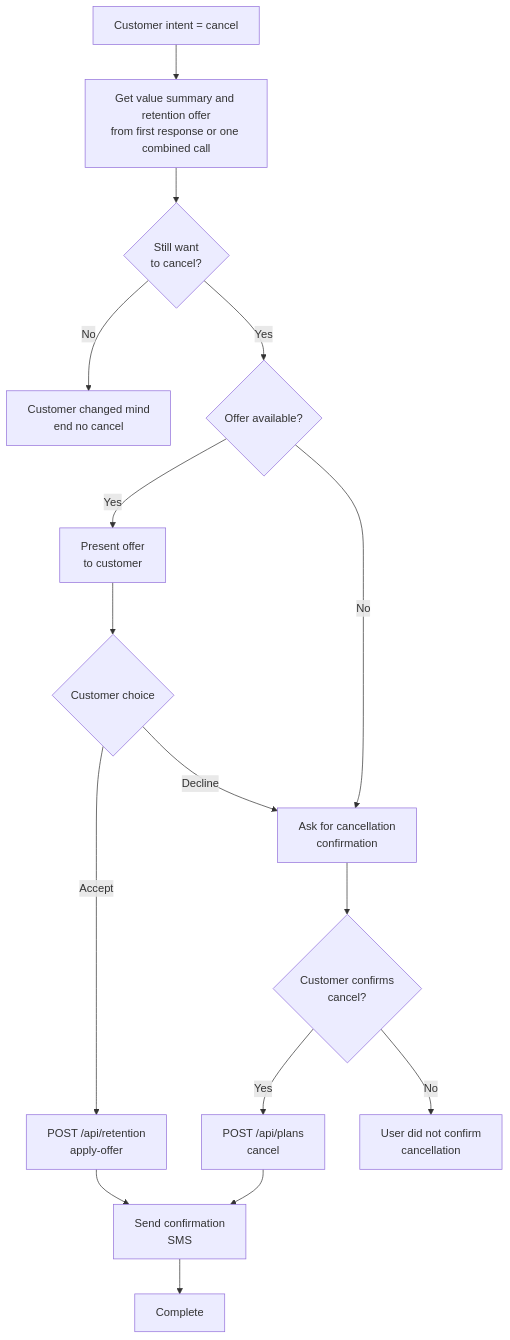
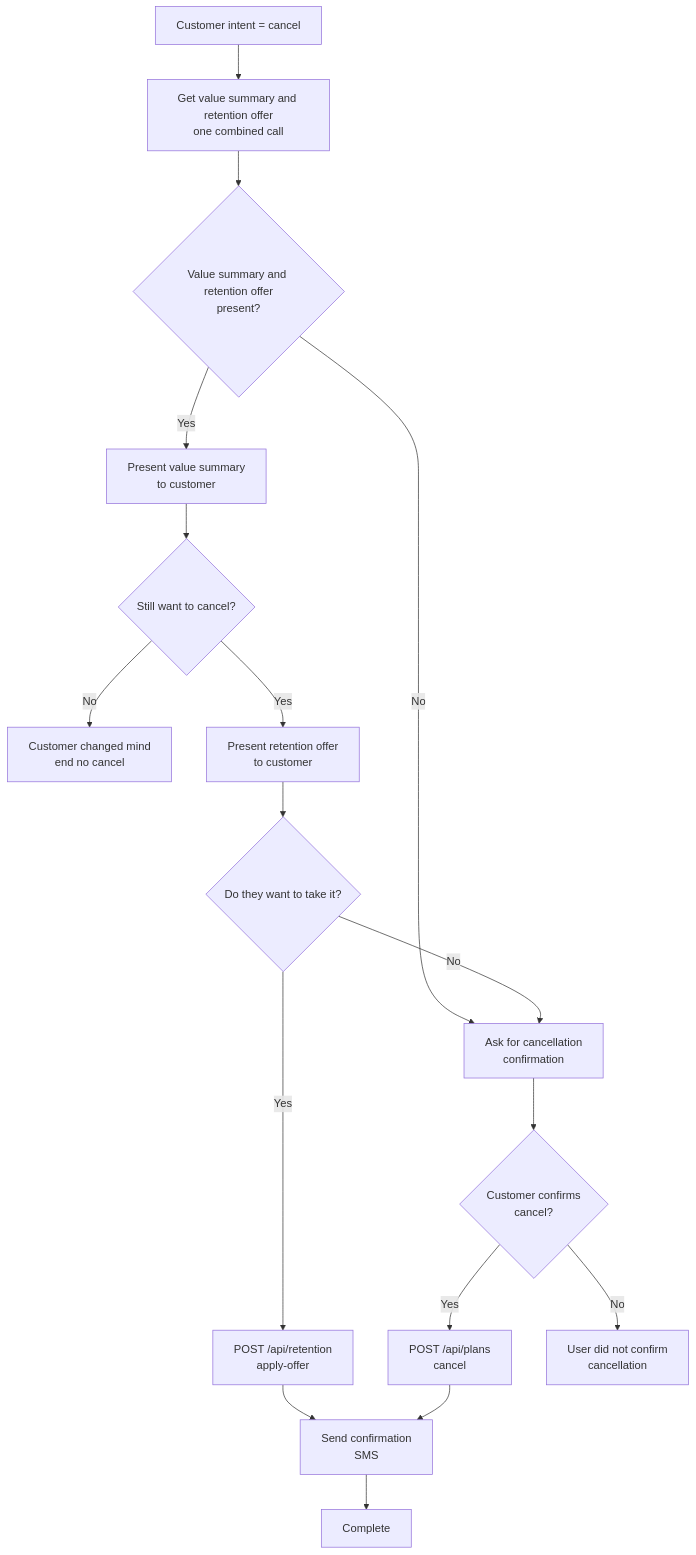
One commit to HelloWash/Public changed the third of 12 diagrams in Jax-Kar-Wash-API-Integration–Discussion-Document.md. Above: the diagram before and after it, drawn with Mermaid. The commit also changed other lines of this file, not shown here.

First line of the commit message:
Enhance API Integration Discussion Document

````diff
--- a/Jax-Kar-Wash-API-Integration–Discussion-Document.md
+++ b/Jax-Kar-Wash-API-Integration–Discussion-Document.md
@@ -127,18 +140,19 @@
 ```mermaid
 flowchart TD
-    IntentCancel["Customer intent = cancel"] --> GetValueOffer["Get value summary and retention offer<br/>from first response or one combined call"]
-    GetValueOffer --> StillCancel{Still want<br/>to cancel?}
+    IntentCancel["Customer intent = cancel"] --> GetValueOffer["Get value summary and retention offer<br/>one combined call"]
+    GetValueOffer --> HaveBundle{"Value summary and retention offer<br/>present?"}
+    HaveBundle -->|No| ConfirmCancel["Ask for cancellation<br/>confirmation"]
+    HaveBundle -->|Yes| PresentValue["Present value summary<br/>to customer"]
+    PresentValue --> StillCancel{"Still want to cancel?"}
     StillCancel -->|No| ChangedMind["Customer changed mind<br/>end no cancel"]
-    StillCancel -->|Yes| HasOffer{Offer available?}
-    HasOffer -->|Yes| PresentOffer["Present offer<br/>to customer"]
-    HasOffer -->|No| ConfirmCancel["Ask for cancellation<br/>confirmation"]
-    PresentOffer --> CustomerChoice{Customer choice}
-    CustomerChoice -->|Accept| ApplyOffer["POST /api/retention<br/>apply-offer"]
-    CustomerChoice -->|Decline| ConfirmCancel
+    StillCancel -->|Yes| PresentOffer["Present retention offer<br/>to customer"]
+    PresentOffer --> TakeOffer{"Do they want to take it?"}
+    TakeOffer -->|Yes| ApplyOffer["POST /api/retention<br/>apply-offer"]
+    TakeOffer -->|No| ConfirmCancel
     ConfirmCancel --> CustConfirm{"Customer confirms<br/>cancel?"}
     CustConfirm -->|Yes| Cancel["POST /api/plans<br/>cancel"]
     CustConfirm -->|No| NoConfirm["User did not confirm<br/>cancellation"]
     ApplyOffer --> SendSMS["Send confirmation<br/>SMS"]
     Cancel --> SendSMS
-    SendSMS --> Complete[Complete]
+    SendSMS --> Done[Complete]
 ```
````
